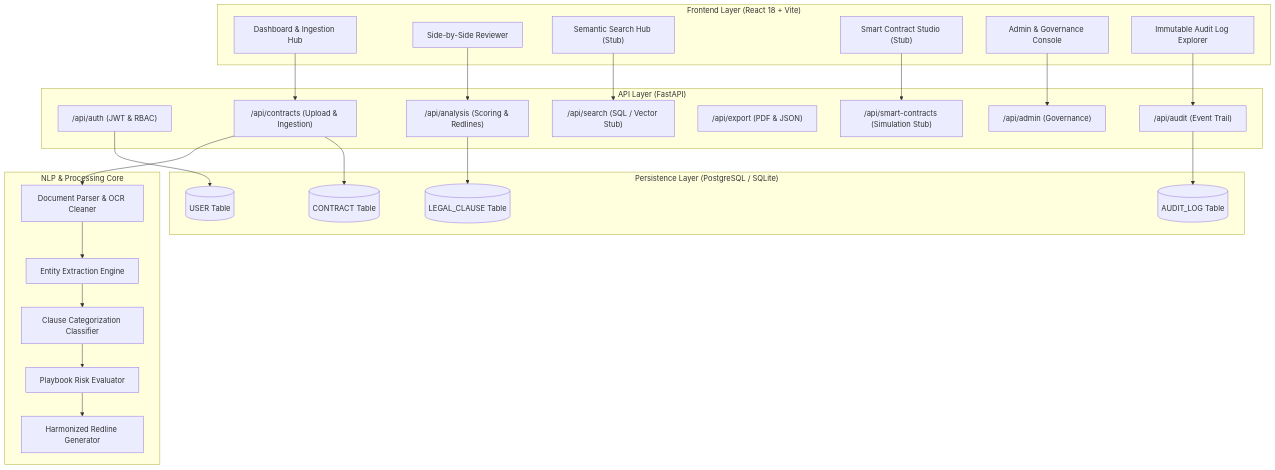
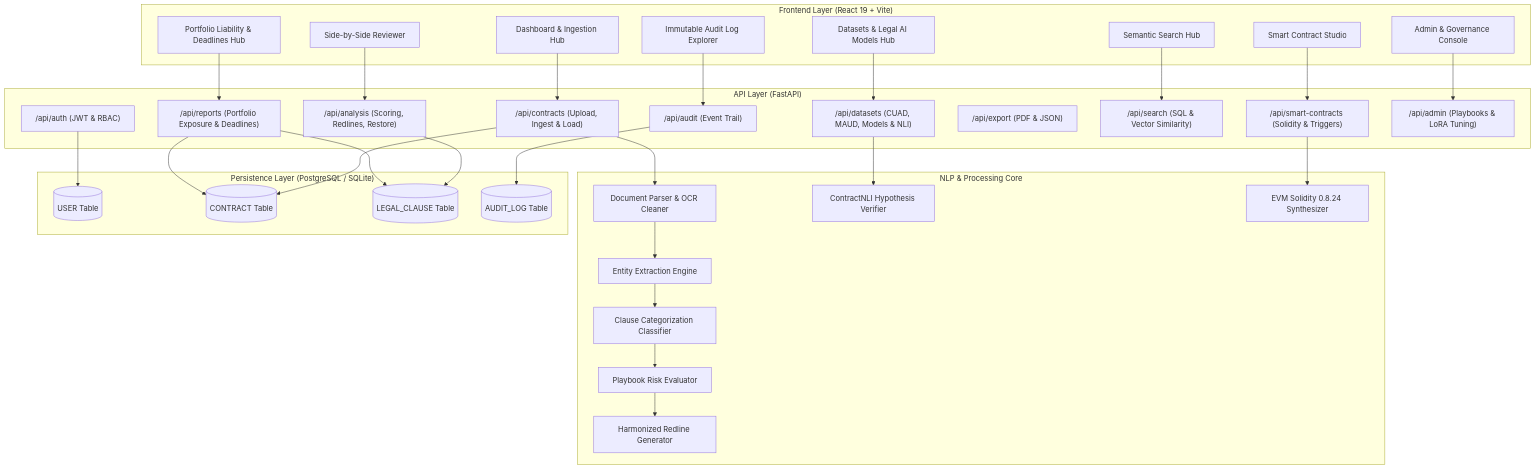
One commit to AaryanKumarSingh136/LegalSight changed the first of 2 diagrams in README.md. Above: the diagram before and after it, drawn with Mermaid. The commit also changed other lines of this file and 61 other files, not shown here.

Commit message:
feat: redesign UI spacing for spacious layout, integrate Datasets & Reports hubs, and clean repo artifacts

````diff
--- a/README.md
+++ b/README.md
@@ -9,55 +9,67 @@
 ```mermaid
 graph TD
-    subgraph Client ["Frontend Layer (React 18 + Vite)"]
+    subgraph Client ["Frontend Layer (React 19 + Vite)"]
         UI_Dash["Dashboard & Ingestion Hub"]
         UI_Rev["Side-by-Side Reviewer"]
-        UI_Search["Semantic Search Hub (Stub)"]
-        UI_Smart["Smart Contract Studio (Stub)"]
+        UI_Data["Datasets & Legal AI Models Hub"]
+        UI_Rep["Portfolio Liability & Deadlines Hub"]
+        UI_Search["Semantic Search Hub"]
+        UI_Smart["Smart Contract Studio"]
         UI_Admin["Admin & Governance Console"]
         UI_Audit["Immutable Audit Log Explorer"]
     end
 
     subgraph Gateway ["API Layer (FastAPI)"]
         API_Auth["/api/auth (JWT & RBAC)"]
-        API_Contracts["/api/contracts (Upload & Ingestion)"]
-        API_Analysis["/api/analysis (Scoring & Redlines)"]
+        API_Contracts["/api/contracts (Upload, Ingest & Load)"]
+        API_Analysis["/api/analysis (Scoring, Redlines, Restore)"]
+        API_Datasets["/api/datasets (CUAD, MAUD, Models & NLI)"]
+        API_Reports["/api/reports (Portfolio Exposure & Deadlines)"]
         API_Audit["/api/audit (Event Trail)"]
         API_Export["/api/export (PDF & JSON)"]
-        API_Search["/api/search (SQL / Vector Stub)"]
-        API_Smart["/api/smart-contracts (Simulation Stub)"]
-        API_Admin["/api/admin (Governance)"]
+        API_Search["/api/search (SQL & Vector Similarity)"]
+        API_Smart["/api/smart-contracts (Solidity & Triggers)"]
+        API_Admin["/api/admin (Playbooks & LoRA Tuning)"]
     end
 
     subgraph Engine ["NLP & Processing Core"]
         Parser["Document Parser & OCR Cleaner"]
         NER["Entity Extraction Engine"]
         Classifier["Clause Categorization Classifier"]
         RiskEval["Playbook Risk Evaluator"]
         RedlineGen["Harmonized Redline Generator"]
+        NLI_Verifier["ContractNLI Hypothesis Verifier"]
+        SolidityGen["EVM Solidity 0.8.24 Synthesizer"]
     end
 
     subgraph Data ["Persistence Layer (PostgreSQL / SQLite)"]
         DB_User[("USER Table")]
         DB_Contract[("CONTRACT Table")]
         DB_Clause[("LEGAL_CLAUSE Table")]
         DB_Audit[("AUDIT_LOG Table")]
     end
 
     UI_Dash --> API_Contracts
     UI_Rev --> API_Analysis
+    UI_Data --> API_Datasets
+    UI_Rep --> API_Reports
     UI_Search --> API_Search
     UI_Smart --> API_Smart
     UI_Admin --> API_Admin
     UI_Audit --> API_Audit
 
     API_Contracts --> Parser
     Parser --> NER
     NER --> Classifier
     Classifier --> RiskEval
     RiskEval --> RedlineGen
+    API_Datasets --> NLI_Verifier
+    API_Smart --> SolidityGen
 
     API_Auth --> DB_User
     API_Contracts --> DB_Contract
     API_Analysis --> DB_Clause
     API_Audit --> DB_Audit
+    API_Reports --> DB_Contract
+    API_Reports --> DB_Clause
 ```
````
